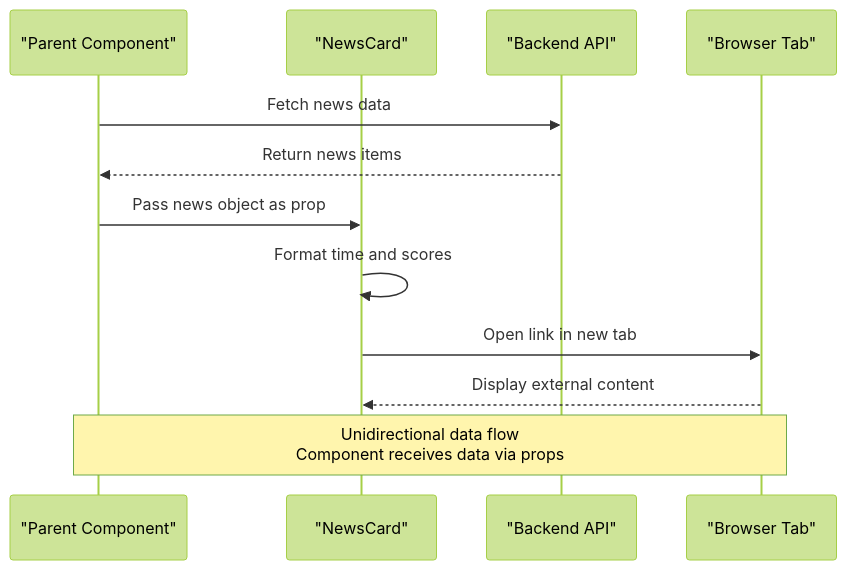
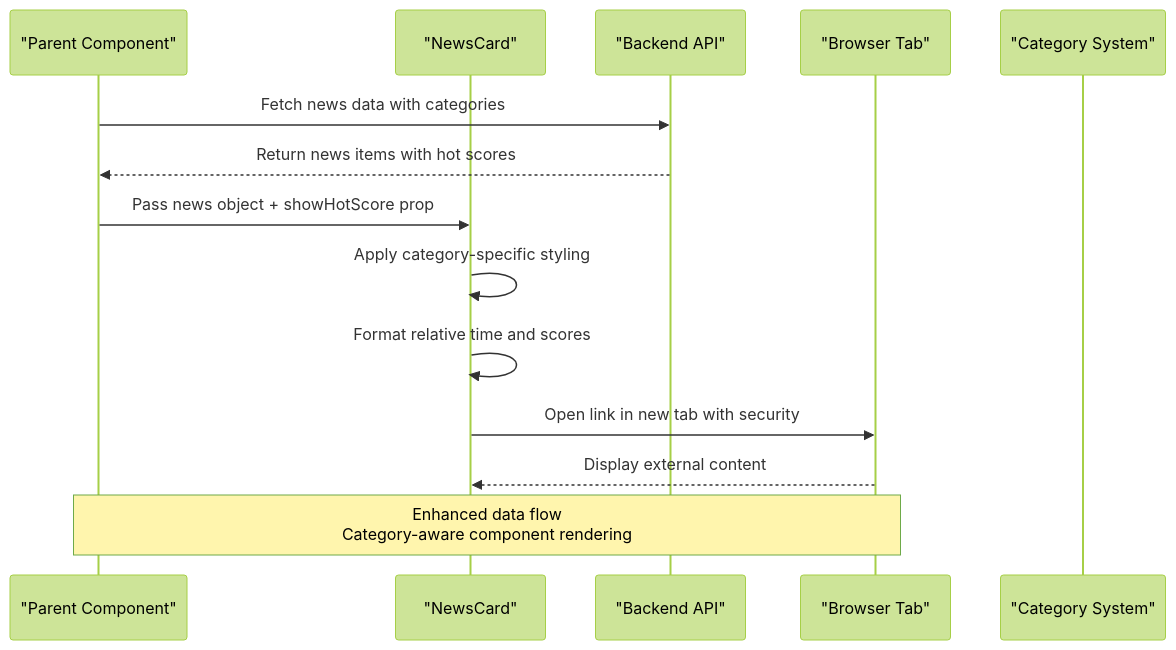
One commit to zbw-zbw/news-aggregator changed the second of 9 diagrams in .qoder/repowiki/en/content/Frontend Application/NewsCard Component.md. Above: the diagram before and after it, drawn with Mermaid (forest theme). The commit also changed other lines of this file and 4 other files, not shown here.

````diff
--- a/.qoder/repowiki/en/content/Frontend Application/NewsCard Component.md
+++ b/.qoder/repowiki/en/content/Frontend Application/NewsCard Component.md
@@ -83,14 +99,16 @@
 ```mermaid
 sequenceDiagram
 participant Parent as "Parent Component"
 participant Card as "NewsCard"
 participant API as "Backend API"
 participant Browser as "Browser Tab"
-Parent->>API : Fetch news data
-API-->>Parent : Return news items
-Parent->>Card : Pass news object as prop
-Card->>Card : Format time and scores
-Card->>Browser : Open link in new tab
+participant Categories as "Category System"
+Parent->>API : Fetch news data with categories
+API-->>Parent : Return news items with hot scores
+Parent->>Card : Pass news object + showHotScore prop
+Card->>Card : Apply category-specific styling
+Card->>Card : Format relative time and scores
+Card->>Browser : Open link in new tab with security
 Browser-->>Card : Display external content
-Note over Parent,Browser : Unidirectional data flow<br/>Component receives data via props
+Note over Parent,Browser : Enhanced data flow<br/>Category-aware component rendering
 ```
````
